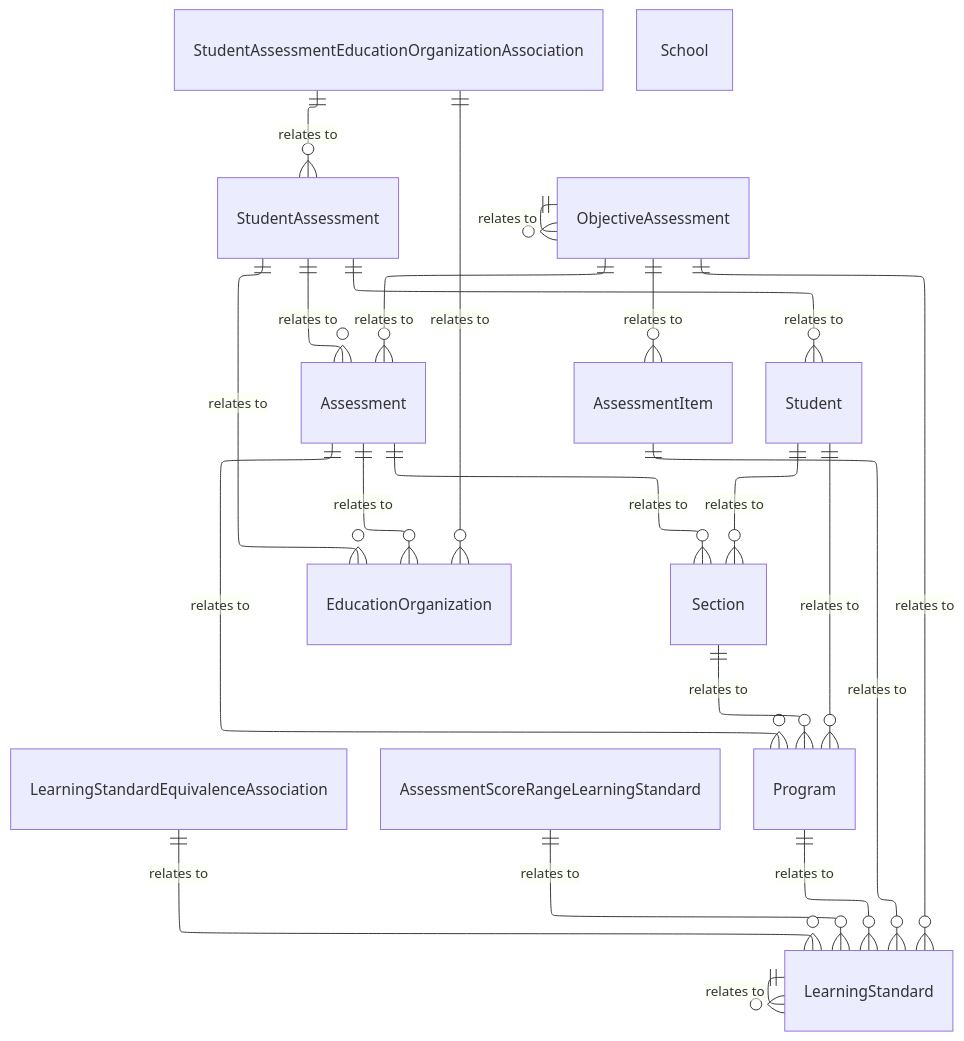
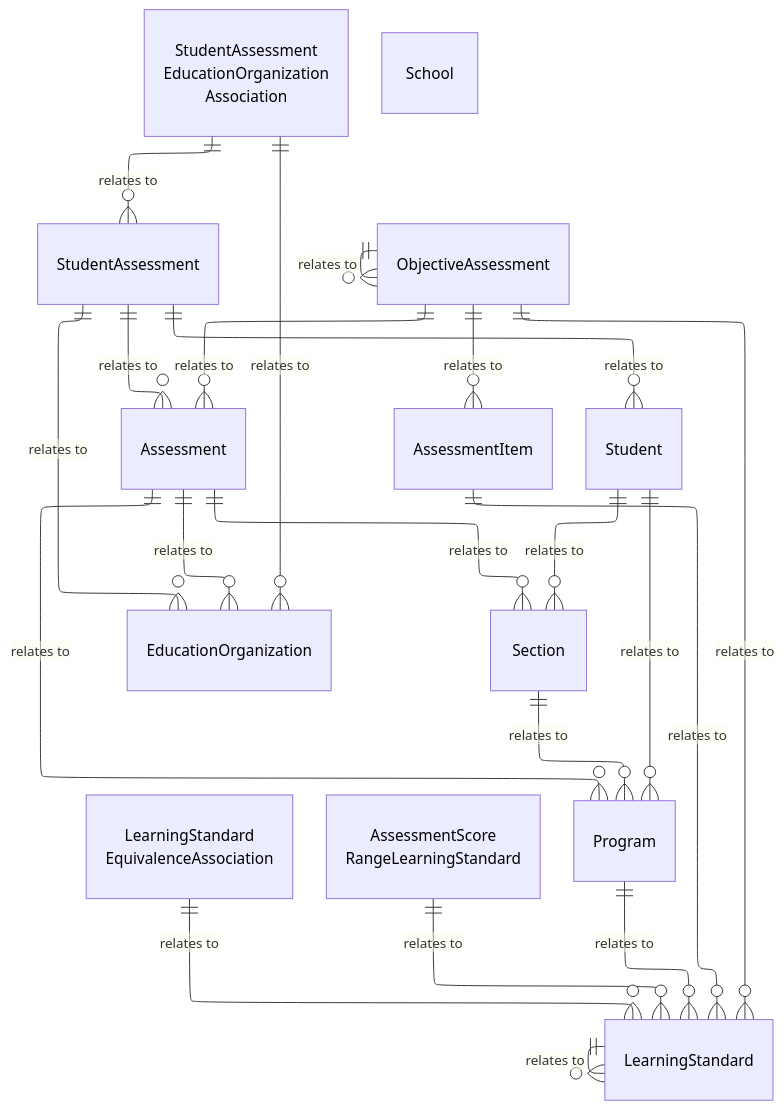
One commit to Ed-Fi-Alliance-OSS/ed-fi-alliance-oss.github.io changed the first of 4 diagrams in dataStandard_versioned_docs/version-6/model-reference/assessment-domain/model-diagrams.md. Above: the diagram before and after it, drawn with Mermaid. The commit also changed other lines of this file and 24 other files, not shown here.

````diff
--- a/dataStandard_versioned_docs/version-6/model-reference/assessment-domain/model-diagrams.md
+++ b/dataStandard_versioned_docs/version-6/model-reference/assessment-domain/model-diagrams.md
@@ -13,55 +13,66 @@
 ```mermaid
 ---
-
 config:
   layout: elk
 ---
-
 erDiagram
     Assessment {
     }
     StudentAssessment {
     }
     ObjectiveAssessment {
     }
     AssessmentItem {
     }
     LearningStandard {
     }
-    LearningStandardEquivalenceAssociation {
+    LearningStandardEquivalenceAssociation["LearningStandard<br/>EquivalenceAssociation"] {
     }
-    AssessmentScoreRangeLearningStandard {
+    AssessmentScoreRangeLearningStandard["AssessmentScore<br/>RangeLearningStandard"] {
     }
-    StudentAssessmentEducationOrganizationAssociation {
+    StudentAssessmentEducationOrganizationAssociation["StudentAssessment<br/>EducationOrganization<br/>Association"] {
     }
     Student {
     }
     EducationOrganization {
     }
     Section {
     }
     Program {
     }
     School {
     }
     StudentAssessment ||--o{ Student : "relates to"
     StudentAssessment ||--o{ Assessment : "relates to"
     StudentAssessment ||--o{ EducationOrganization : "relates to"
     StudentAssessmentEducationOrganizationAssociation ||--o{ StudentAssessment : "relates to"
     StudentAssessmentEducationOrganizationAssociation ||--o{ EducationOrganization : "relates to"
     Assessment ||--o{ EducationOrganization : "relates to"
     Assessment ||--o{ Section : "relates to"
     Assessment ||--o{ Program : "relates to"
     ObjectiveAssessment ||--o{ Assessment : "relates to"
     ObjectiveAssessment ||--o{ ObjectiveAssessment : "relates to"
     ObjectiveAssessment ||--o{ AssessmentItem : "relates to"
     ObjectiveAssessment ||--o{ LearningStandard : "relates to"
     AssessmentItem ||--o{ LearningStandard : "relates to"
     AssessmentScoreRangeLearningStandard ||--o{ LearningStandard : "relates to"
     LearningStandardEquivalenceAssociation ||--o{ LearningStandard : "relates to"
     LearningStandard ||--o{ LearningStandard : "relates to"
     Program ||--o{ LearningStandard : "relates to"
     Section ||--o{ Program : "relates to"
     Student ||--o{ Section : "relates to"
     Student ||--o{ Program : "relates to"
+    style Assessment color:#000000
+    style StudentAssessment color:#000000
+    style ObjectiveAssessment color:#000000
+    style AssessmentItem color:#000000
+    style LearningStandard color:#000000
+    style LearningStandardEquivalenceAssociation color:#000000
+    style AssessmentScoreRangeLearningStandard color:#000000
+    style StudentAssessmentEducationOrganizationAssociation color:#000000
+    style Student color:#000000
+    style EducationOrganization color:#000000
+    style Section color:#000000
+    style Program color:#000000
+    style School color:#000000
 ```
````
